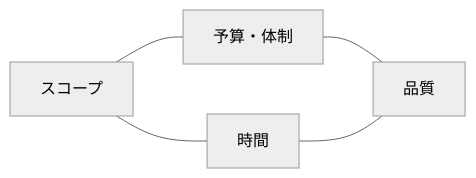
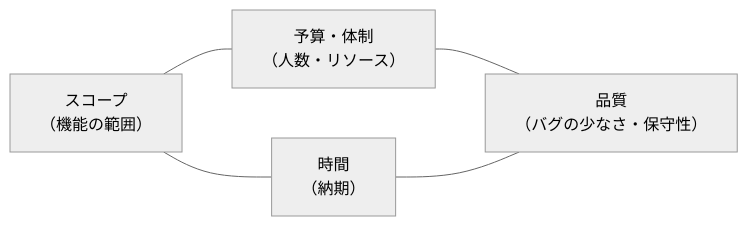
The second of 2 diagrams in books/project-management-as-dandori/3.outline.md (MasuqaT-NET/Zenn-contents), drawn with Mermaid (neutral theme) before and after one commit. The commit also changed other lines of this file and 7 other files, not shown here.

````diff
--- a/books/project-management-as-dandori/3.outline.md
+++ b/books/project-management-as-dandori/3.outline.md
@@ -68,7 +65,7 @@
 ```mermaid
 flowchart LR
-    scope["スコープ"] --- time["時間"]
-    budget["予算・体制"] --- quality["品質"]
+    scope["スコープ<br>（機能の範囲）"] --- time["時間<br>（納期）"]
+    budget["予算・体制<br>（人数・リソース）"] --- quality["品質<br>（バグの少なさ・保守性）"]
     scope --- budget
     time --- quality
 ```
````
